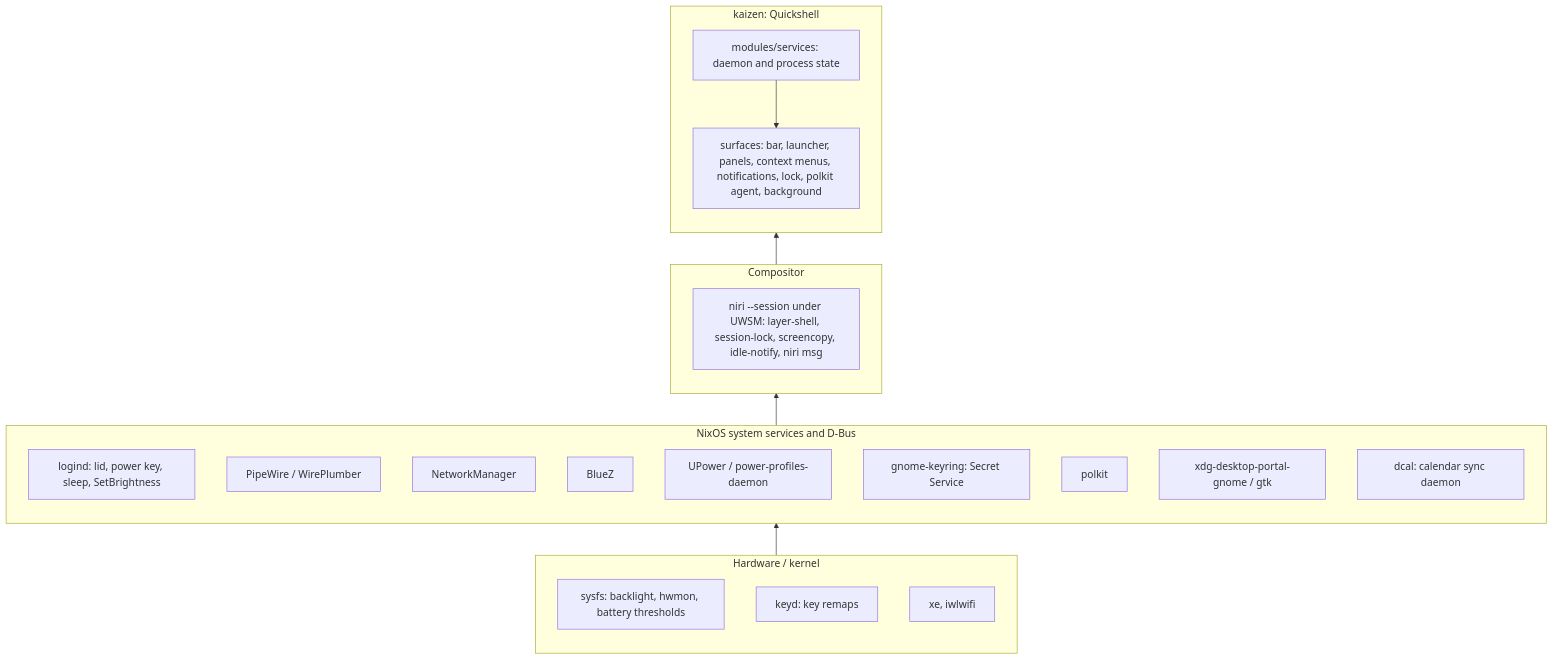
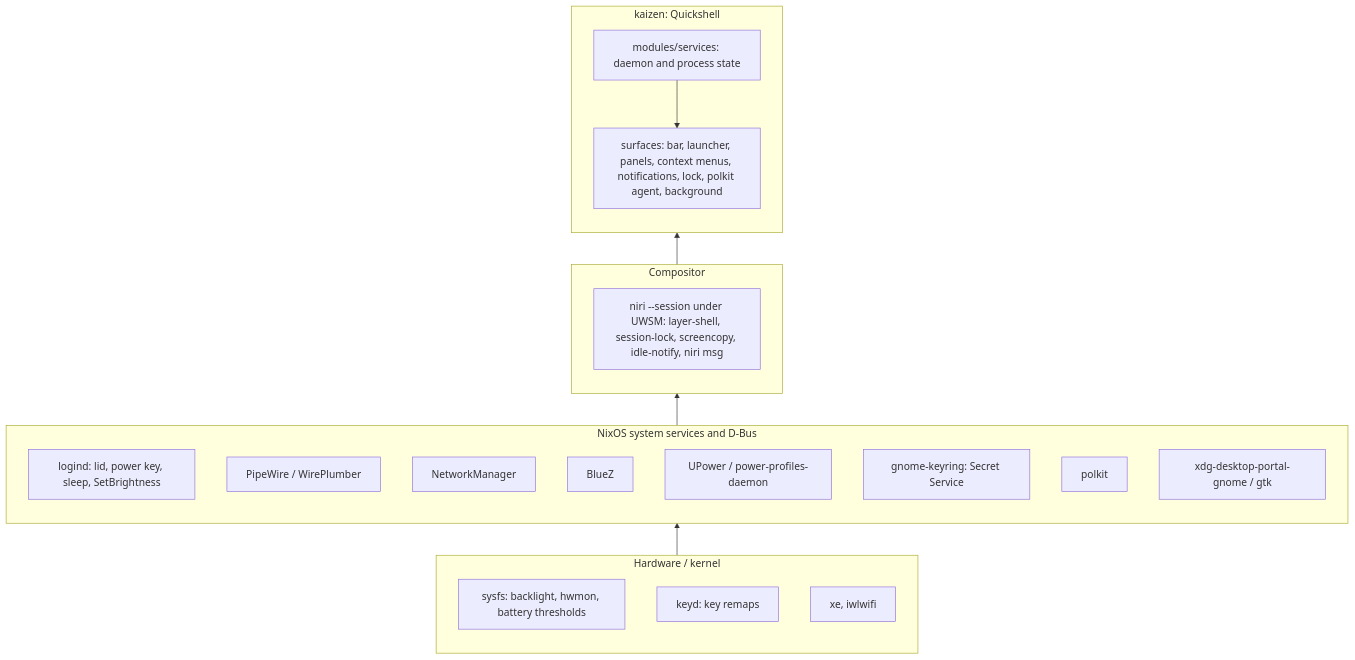
The diagram in nix/shared/system/kaizen/KAIZEN.md (fredrikaverpil/dotfiles), drawn with Mermaid before and after one commit. The commit also changed other lines of this file and 17 other files, not shown here.

````diff
--- a/nix/shared/system/kaizen/KAIZEN.md
+++ b/nix/shared/system/kaizen/KAIZEN.md
@@ -22,28 +22,27 @@
 ```mermaid
 flowchart BT
   subgraph HW[Hardware / kernel]
     sysfs[sysfs: backlight, hwmon, battery thresholds]
     keyd[keyd: key remaps]
     drv[xe, iwlwifi]
   end
   subgraph SYS[NixOS system services and D-Bus]
     logind[logind: lid, power key, sleep, SetBrightness]
     pw[PipeWire / WirePlumber]
     nm[NetworkManager]
     bluez[BlueZ]
     upower[UPower / power-profiles-daemon]
     keyring[gnome-keyring: Secret Service]
     polkitd[polkit]
     portal[xdg-desktop-portal-gnome / gtk]
-    dcal[dcal: calendar sync daemon]
   end
   subgraph WM[Compositor]
     niri["niri --session under UWSM: layer-shell, session-lock, screencopy, idle-notify, niri msg"]
   end
   subgraph SHELL[kaizen: Quickshell]
     svc[modules/services: daemon and process state]
     ui[surfaces: bar, launcher, panels, context menus, notifications, lock, polkit agent, background]
     svc --> ui
   end
   HW --> SYS --> WM --> SHELL
 ```
````
